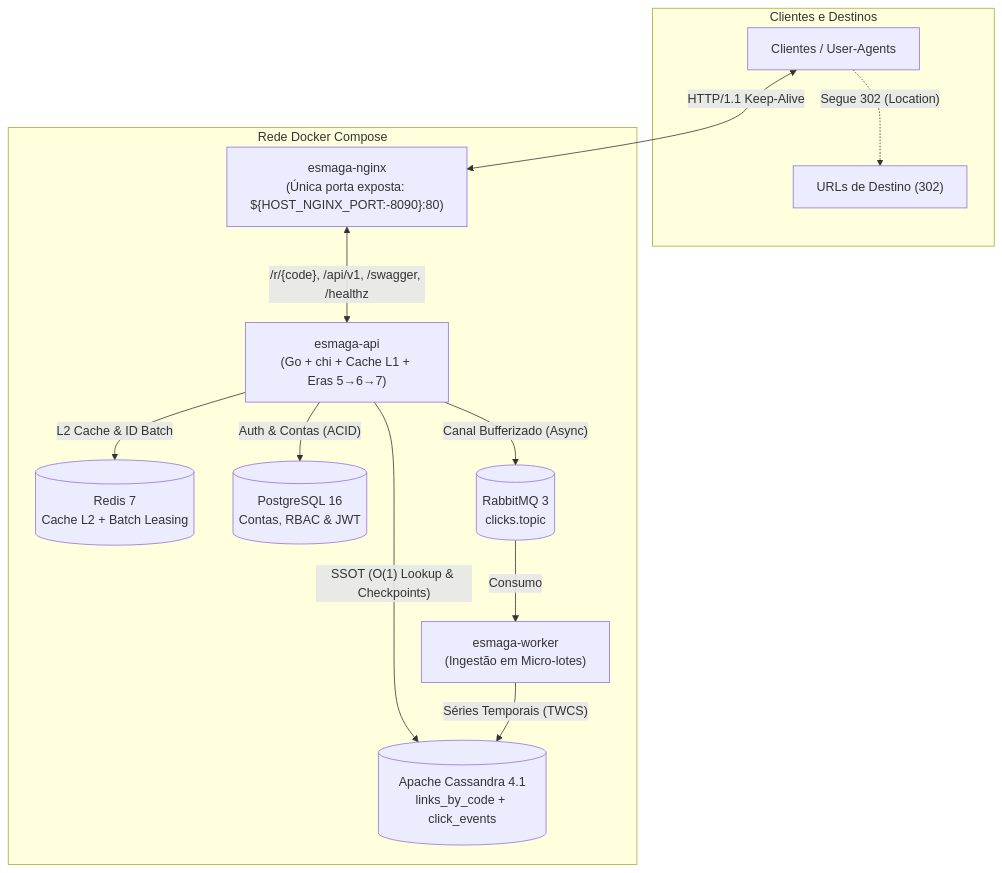
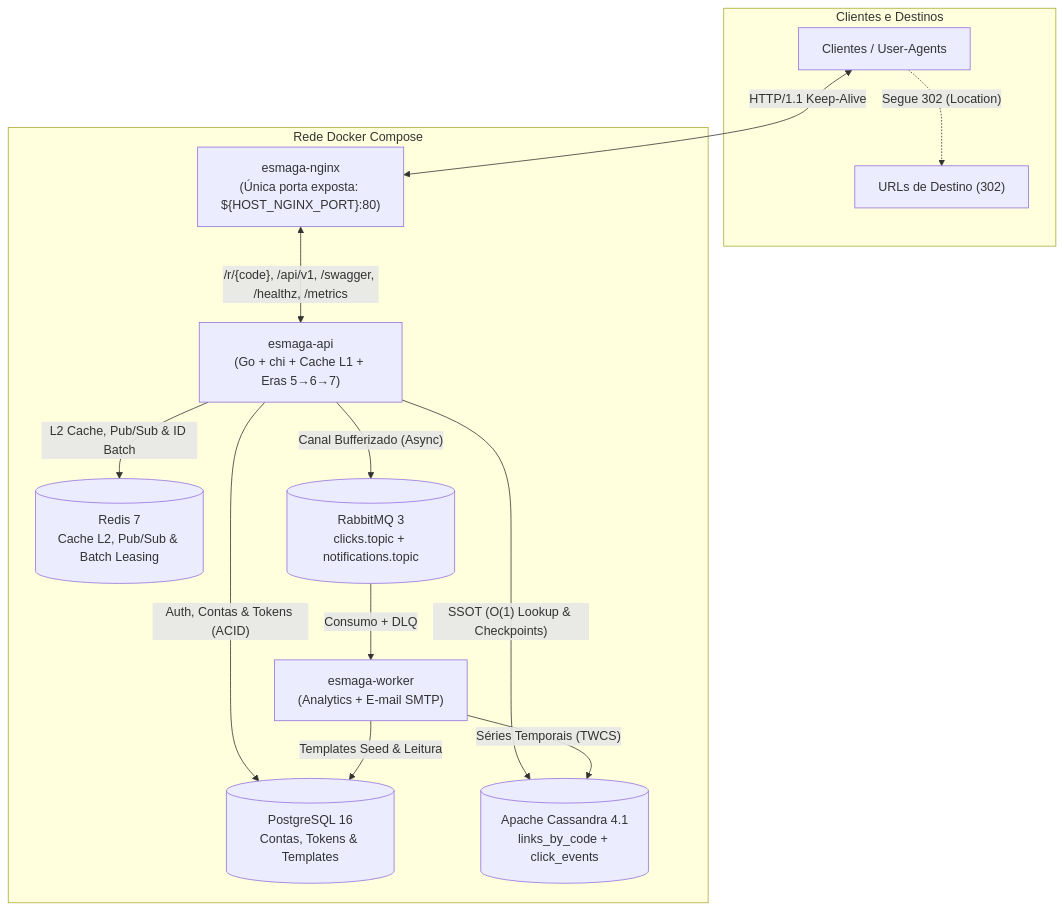
The diagram in README.md (daviroodrigues/esmaga-link), drawn with Mermaid before and after one commit. The commit also changed other lines of this file and 35 other files, not shown here.

First line of the commit message:
feat(auth): implement complete user lifecycle, e-mail verification and smtp

````diff
--- a/README.md
+++ b/README.md
@@ -153,29 +153,30 @@
 ```mermaid
 flowchart TD
     subgraph External["Clientes e Destinos"]
         Clients["Clientes / User-Agents"]
         Targets["URLs de Destino (302)"]
     end
 
     subgraph Network["Rede Docker Compose"]
-        Nginx["esmaga-nginx\n(Única porta exposta: ${HOST_NGINX_PORT:-8090}:80)"]
+        Nginx["esmaga-nginx\n(Única porta exposta: ${HOST_NGINX_PORT}:80)"]
         API["esmaga-api\n(Go + chi + Cache L1 + Eras 5→6→7)"]
-        Redis[("Redis 7\nCache L2 + Batch Leasing")]
-        Postgres[("PostgreSQL 16\nContas, RBAC & JWT")]
+        Redis[("Redis 7\nCache L2, Pub/Sub & Batch Leasing")]
+        Postgres[("PostgreSQL 16\nContas, Tokens & Templates")]
         Cassandra[("Apache Cassandra 4.1\nlinks_by_code + click_events")]
-        RabbitMQ[("RabbitMQ 3\nclicks.topic")]
-        Worker["esmaga-worker\n(Ingestão em Micro-lotes)"]
+        RabbitMQ[("RabbitMQ 3\nclicks.topic + notifications.topic")]
+        Worker["esmaga-worker\n(Analytics + E-mail SMTP)"]
     end
 
     Clients <-->|"HTTP/1.1 Keep-Alive"| Nginx
-    Nginx <-->|"/r/{code}, /api/v1, /swagger, /healthz"| API
+    Nginx <-->|"/r/{code}, /api/v1, /swagger, /healthz, /metrics"| API
     Clients -.->|"Segue 302 (Location)"| Targets
 
-    API -->|"L2 Cache & ID Batch"| Redis
-    API -->|"Auth & Contas (ACID)"| Postgres
+    API -->|"L2 Cache, Pub/Sub & ID Batch"| Redis
+    API -->|"Auth, Contas & Tokens (ACID)"| Postgres
     API -->|"SSOT (O(1) Lookup & Checkpoints)"| Cassandra
     API -->|"Canal Bufferizado (Async)"| RabbitMQ
 
-    RabbitMQ -->|"Consumo"| Worker
+    RabbitMQ -->|"Consumo + DLQ"| Worker
     Worker -->|"Séries Temporais (TWCS)"| Cassandra
+    Worker -->|"Templates Seed & Leitura"| Postgres
 ```
````
